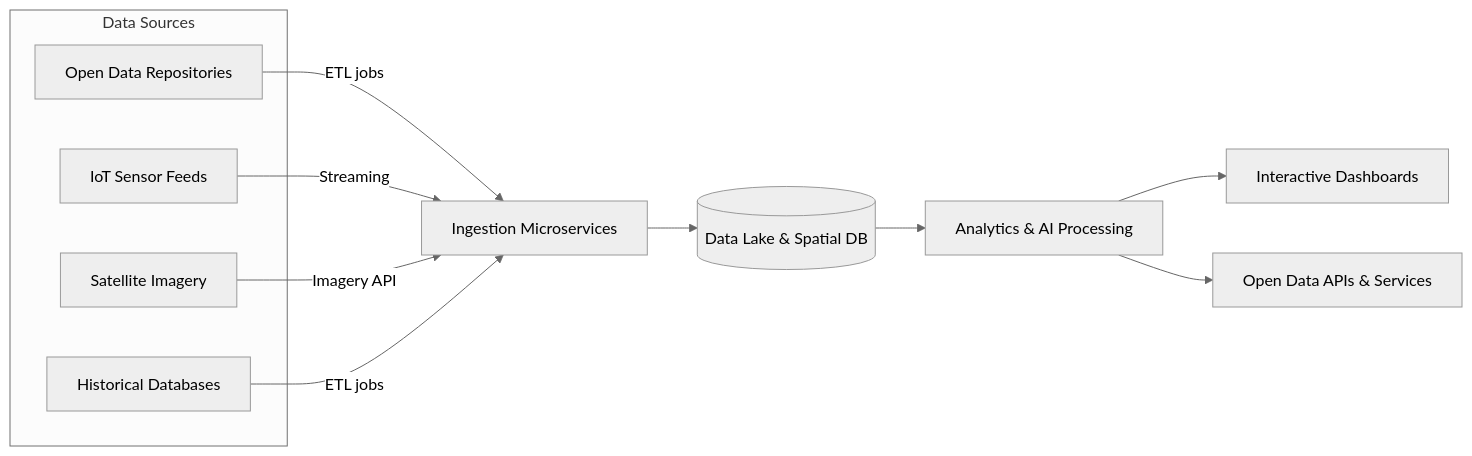
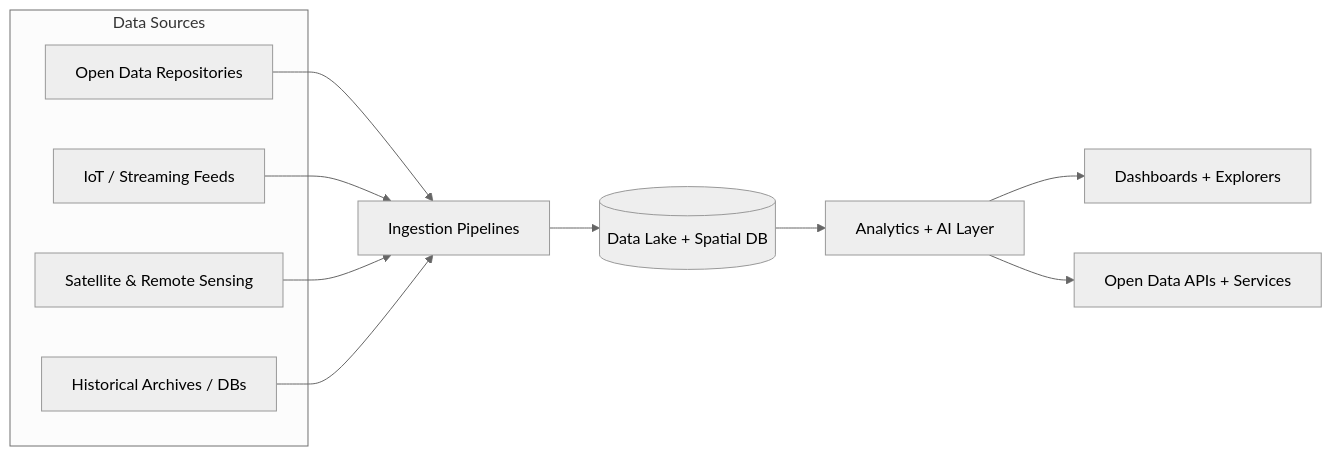
The second of 2 diagrams in .github/README.md (bartytime4life/Kansas-Frontier-Matrix), drawn with Mermaid (neutral theme) before and after one commit. The commit also changed other lines of this file, not shown here.

````diff
--- a/.github/README.md
+++ b/.github/README.md
@@ -84,17 +112,19 @@
 ```mermaid
 flowchart LR
-    subgraph Data Sources
-        A[Open Data Repositories]
-        B[IoT Sensor Feeds]
-        C[Satellite Imagery]
-        D[Historical Databases]
-    end
-    A -- ETL jobs --> E[Ingestion Microservices]
-    B -- Streaming --> E
-    C -- Imagery API --> E
-    D -- ETL jobs --> E
-    E --> F[(Data Lake & Spatial DB)]
-    F --> G[Analytics & AI Processing]
-    G --> H[Interactive Dashboards]
-    G --> I[Open Data APIs & Services]
+  subgraph Data Sources
+    A[Open Data Repositories]
+    B[IoT / Streaming Feeds]
+    C[Satellite & Remote Sensing]
+    D[Historical Archives / DBs]
+  end
+
+  A --> E[Ingestion Pipelines]
+  B --> E
+  C --> E
+  D --> E
+
+  E --> F[(Data Lake + Spatial DB)]
+  F --> G[Analytics + AI Layer]
+  G --> H[Dashboards + Explorers]
+  G --> I[Open Data APIs + Services]
 ```
````
